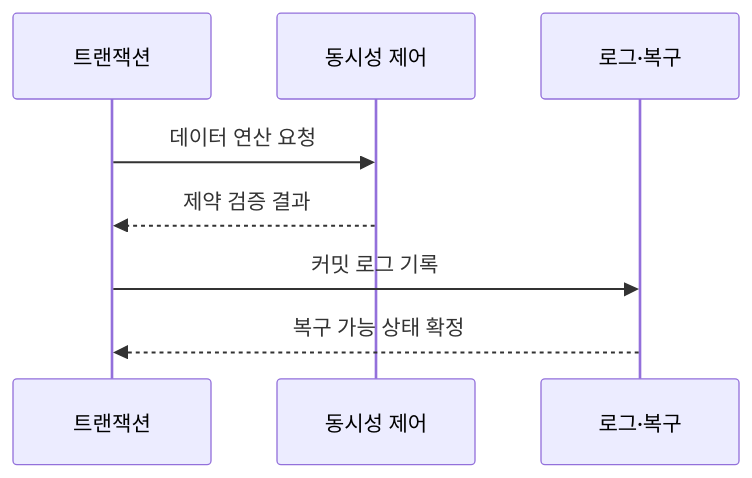
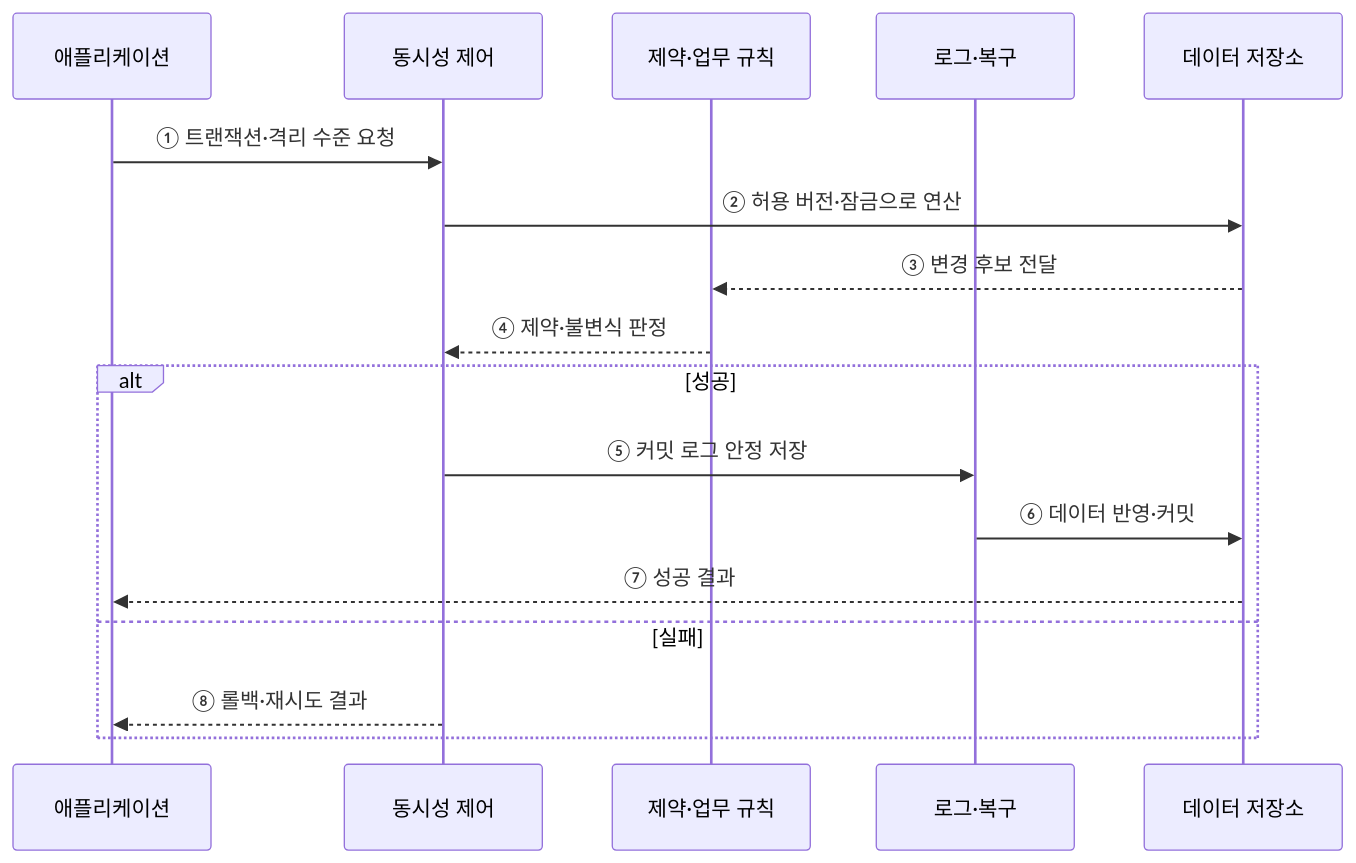
The second of 2 diagrams in src/content/docs/notes/03-software/085_transaction_acid.md (agnusdei1207/knowledge-base), drawn with Mermaid before and after one commit. The commit also changed other lines of this file and 20 other files, not shown here.

````diff
--- a/src/content/docs/notes/03-software/085_transaction_acid.md
+++ b/src/content/docs/notes/03-software/085_transaction_acid.md
@@ -78,10 +73,19 @@
 ```mermaid
 sequenceDiagram
-    participant T as 트랜잭션
+    participant A as 애플리케이션
     participant C as 동시성 제어
+    participant V as 제약·업무 규칙
     participant L as 로그·복구
-    T->>C: 데이터 연산 요청
-    C-->>T: 제약 검증 결과
-    T->>L: 커밋 로그 기록
-    L-->>T: 복구 가능 상태 확정
+    participant S as 데이터 저장소
+    A->>C: ① 트랜잭션·격리 수준 요청
+    C->>S: ② 허용 버전·잠금으로 연산
+    S-->>V: ③ 변경 후보 전달
+    V-->>C: ④ 제약·불변식 판정
+    alt 성공
+        C->>L: ⑤ 커밋 로그 안정 저장
+        L->>S: ⑥ 데이터 반영·커밋
+        S-->>A: ⑦ 성공 결과
+    else 실패
+        C-->>A: ⑧ 롤백·재시도 결과
+    end
 ```
````
